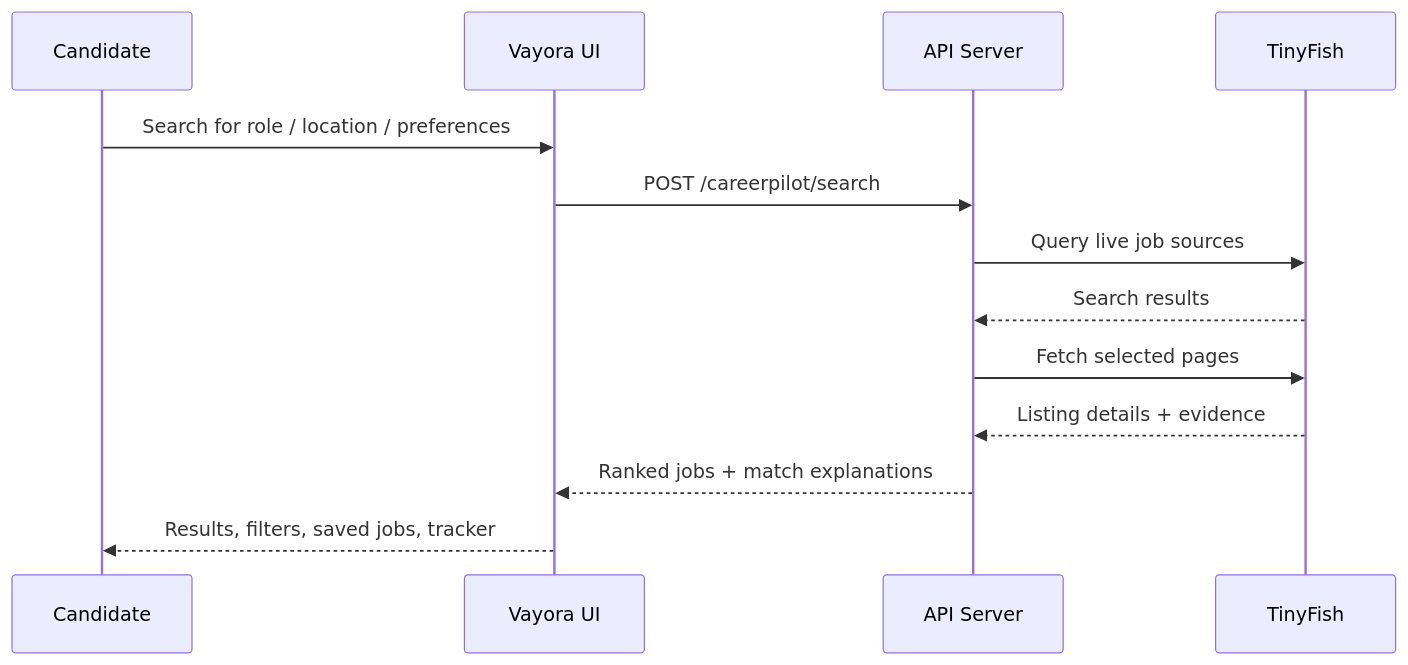
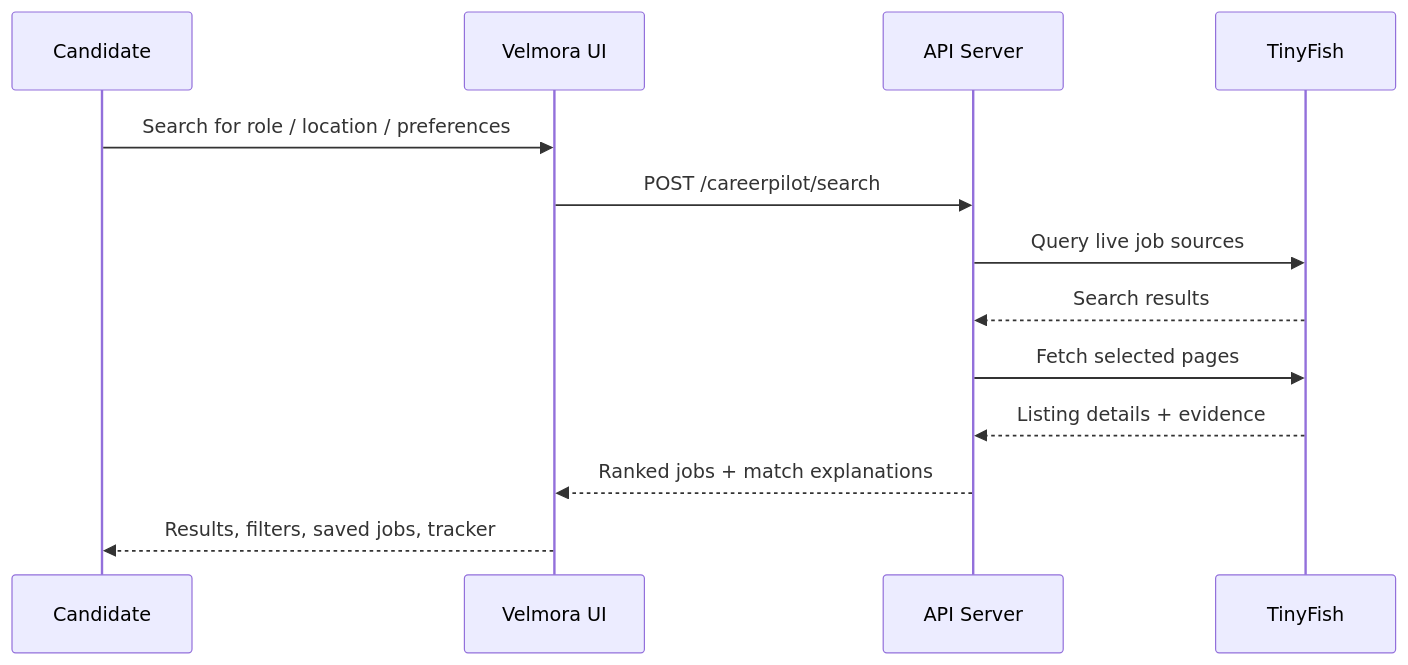
Before and after one commit to vanshgoyal2007/Career-finder-new-byte-force-new-: the second of 2 diagrams in README.md, drawn with Mermaid. The commit also changed other lines of this file and 7 other files, not shown here.

````diff
--- a/README.md
+++ b/README.md
@@ -159,16 +159,16 @@
 ```mermaid
 sequenceDiagram
     participant User as Candidate
-    participant FE as Vayora UI
+    participant FE as Velmora UI
     participant API as API Server
     participant TF as TinyFish
 
     User->>FE: Search for role / location / preferences
     FE->>API: POST /careerpilot/search
     API->>TF: Query live job sources
     TF-->>API: Search results
     API->>TF: Fetch selected pages
     TF-->>API: Listing details + evidence
     API-->>FE: Ranked jobs + match explanations
     FE-->>User: Results, filters, saved jobs, tracker
 ```
````
